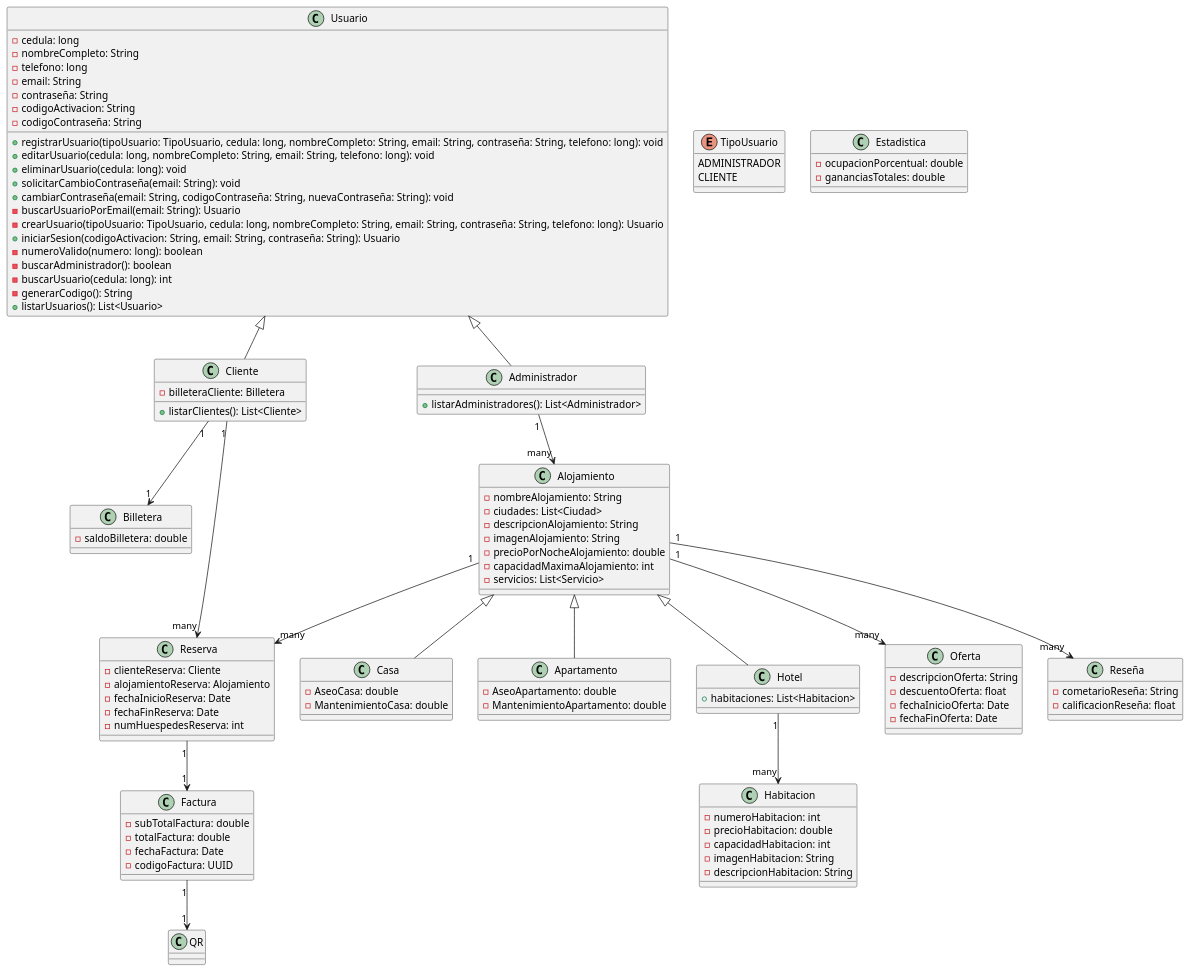
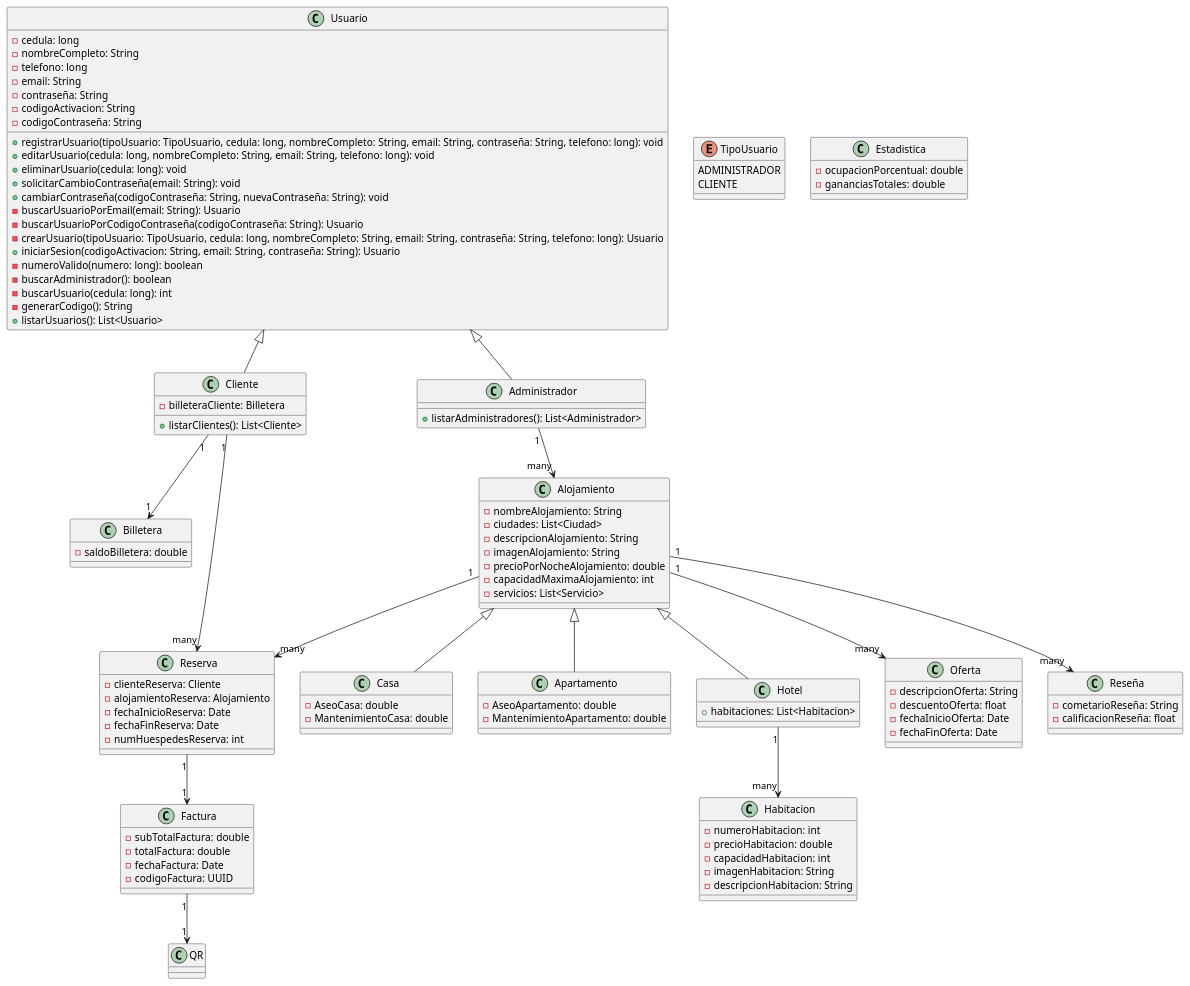
One commit to RedRos41/Programacion_2 changed the diagram in src/main/resources/img/DiagramaDeClases.puml. Above: the diagram before and after it, drawn with PlantUML. The commit also changed 1 other file, not shown here.

Commit message:
Se actualiza la gestion de los modelos y se actualiza el DiagramaDeClases.puml.

```diff
--- a/src/main/resources/img/DiagramaDeClases.puml
+++ b/src/main/resources/img/DiagramaDeClases.puml
@@ -1,122 +1,123 @@
 @startuml
 'https://plantuml.com/sequence-diagram
 
 class Usuario {
     - cedula: long
     - nombreCompleto: String
     - telefono: long
     - email: String
     - contraseña: String
     - codigoActivacion: String
     - codigoContraseña: String
     + registrarUsuario(tipoUsuario: TipoUsuario, cedula: long, nombreCompleto: String, email: String, contraseña: String, telefono: long): void
     + editarUsuario(cedula: long, nombreCompleto: String, email: String, telefono: long): void
     + eliminarUsuario(cedula: long): void
     + solicitarCambioContraseña(email: String): void
-    + cambiarContraseña(email: String, codigoContraseña: String, nuevaContraseña: String): void
+    + cambiarContraseña(codigoContraseña: String, nuevaContraseña: String): void
     - buscarUsuarioPorEmail(email: String): Usuario
+    - buscarUsuarioPorCodigoContraseña(codigoContraseña: String): Usuario
     - crearUsuario(tipoUsuario: TipoUsuario, cedula: long, nombreCompleto: String, email: String, contraseña: String, telefono: long): Usuario
     + iniciarSesion(codigoActivacion: String, email: String, contraseña: String): Usuario
     - numeroValido(numero: long): boolean
     - buscarAdministrador(): boolean
     - buscarUsuario(cedula: long): int
     - generarCodigo(): String
     + listarUsuarios(): List<Usuario>
 }
 
 enum TipoUsuario {
     ADMINISTRADOR
     CLIENTE
 }
 
 class Cliente extends Usuario {
     - billeteraCliente: Billetera
     + listarClientes(): List<Cliente>
 }
 
 class Administrador extends Usuario {
     + listarAdministradores(): List<Administrador>
 }
 
 class Alojamiento {
     - nombreAlojamiento: String
     - ciudades: List<Ciudad>
     - descripcionAlojamiento: String
     - imagenAlojamiento: String
     - precioPorNocheAlojamiento: double
     - capacidadMaximaAlojamiento: int
     - servicios: List<Servicio>
 }
 
 class Casa extends Alojamiento {
     - AseoCasa: double
     - MantenimientoCasa: double
 }
 
 class Apartamento extends Alojamiento {
     - AseoApartamento: double
     - MantenimientoApartamento: double
 }
 
 class Hotel extends Alojamiento {
     + habitaciones: List<Habitacion>
 }
 
 class Habitacion {
     - numeroHabitacion: int
     - precioHabitacion: double
     - capacidadHabitacion: int
     - imagenHabitacion: String
     - descripcionHabitacion: String
 }
 
 class Billetera {
     - saldoBilletera: double
 }
 
 class Reserva {
     - clienteReserva: Cliente
     - alojamientoReserva: Alojamiento
     - fechaInicioReserva: Date
     - fechaFinReserva: Date
     - numHuespedesReserva: int
 }
 
 class Factura {
     - subTotalFactura: double
     - totalFactura: double
     - fechaFactura: Date
     - codigoFactura: UUID
 }
 
 class Oferta {
     - descripcionOferta: String
     - descuentoOferta: float
     - fechaInicioOferta: Date
     - fechaFinOferta: Date
 }
 
 class Estadistica {
     - ocupacionPorcentual: double
     - gananciasTotales: double
 }
 
 class Reseña {
     - cometarioReseña: String
     - calificacionReseña: float
 }
 
 class QR {
 }
 
 Cliente "1" --> "1" Billetera
 Administrador "1" --> "many" Alojamiento
 Cliente "1" --> "many" Reserva
 Alojamiento "1" --> "many" Oferta
 Alojamiento "1" --> "many" Reseña
 Alojamiento "1" --> "many" Reserva
 Reserva "1" --> "1" Factura
 Factura "1" --> "1" QR
 Hotel "1" --> "many" Habitacion
 
 @enduml
```
